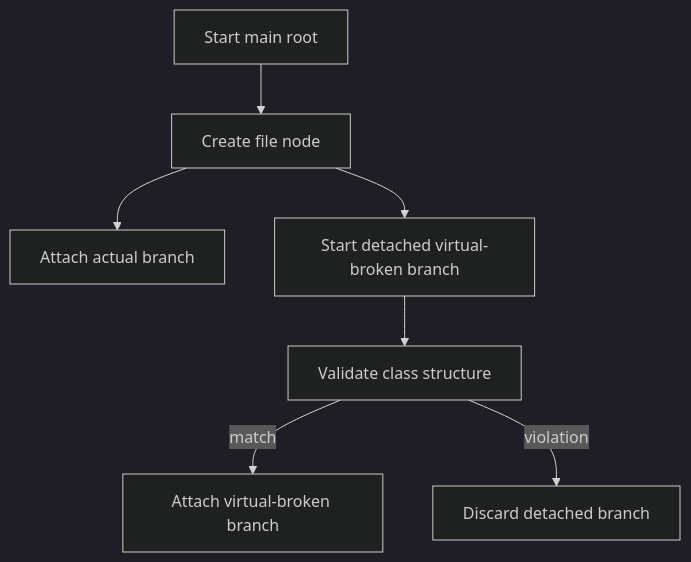
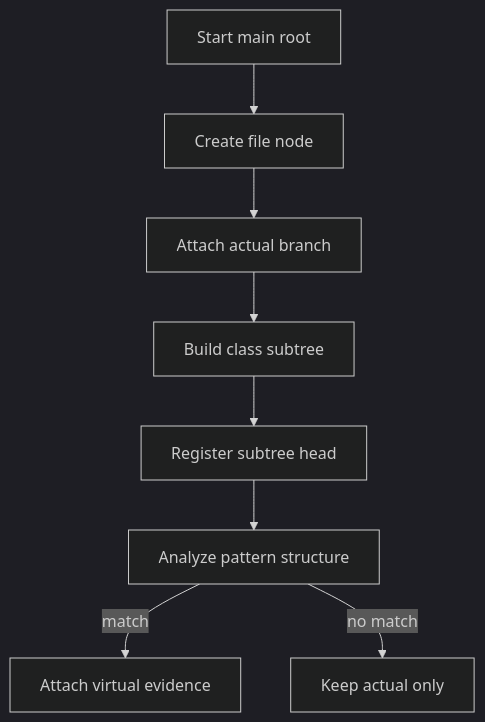
The diagram in docs/Codebase/Microservice/Modules/Source/Trees/MainTree/core.cpp.md (JohnAndrewBalbarosa/NeoTerritory), drawn with Mermaid (dark theme) before and after one commit. The commit also changed other lines of this file and 717 other files, not shown here.

````diff
--- a/docs/Codebase/Microservice/Modules/Source/Trees/MainTree/core.cpp.md
+++ b/docs/Codebase/Microservice/Modules/Source/Trees/MainTree/core.cpp.md
@@ -20,15 +20,14 @@
 ```mermaid
 flowchart TD
     N0["Start main root"]
     N1["Create file node"]
     N2["Attach actual branch"]
-    N3["Start detached virtual-broken branch"]
-    N4["Validate class structure"]
-    N5["Attach virtual-broken branch"]
-    N6["Discard detached branch"]
-    N0 --> N1 --> N2
-    N1 --> N3
-    N3 --> N4
-    N4 -->|match| N5
-    N4 -->|violation| N6
+    N3["Build class subtree"]
+    N4["Register subtree head"]
+    N5["Analyze pattern structure"]
+    N6["Attach virtual evidence"]
+    N7["Keep actual only"]
+    N0 --> N1 --> N2 --> N3 --> N4 --> N5
+    N5 -->|match| N6
+    N5 -->|no match| N7
 ```
````
